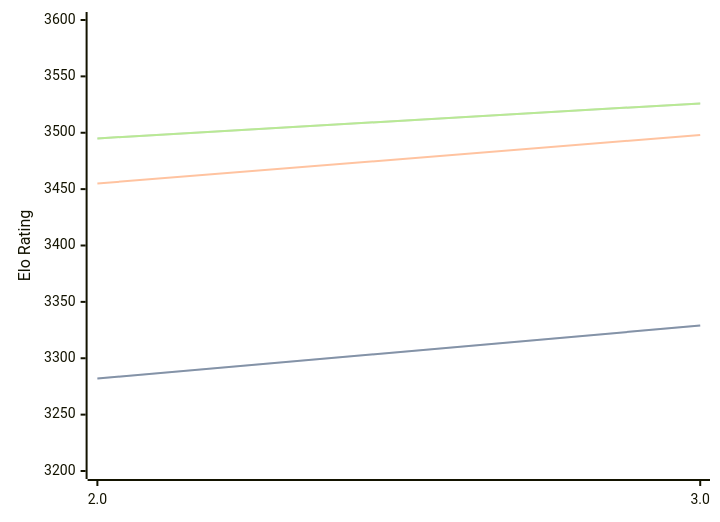
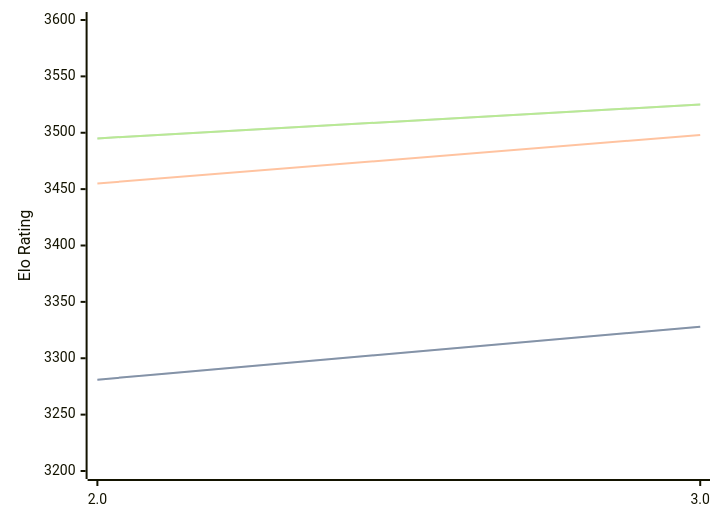
Before and after one commit to computer-chess-index/cci: the first of 3 diagrams in engines/Quanticade.md, drawn with Mermaid. The commit also changed other lines of this file, not shown here.

Commit message:
Update CCI Ratings (ELO VLTC) - 2026-06-19

````diff
--- a/engines/Quanticade.md
+++ b/engines/Quanticade.md
@@ -41,11 +41,11 @@
 ```mermaid
 %%{init: {"theme":"base","themeVariables":{"seriesColors:['#a3a3a3','#222221','#faa371']}}}%%
 xychart-beta
   x-axis ["2.0", "3.0"]
   y-axis "Elo Rating" 3200 --> 3600
-  line "STC (8.0+0.08s)" [3282, 3329]
-  line "STC (8.0+0.08s)" [3282, 3329]
+  line "STC (8.0+0.08s)" [3281, 3328]
+  line "STC (8.0+0.08s)" [3281, 3328]
   line "LTC (60.0+0.60s)" [3455, 3498]
-  line "VLTC (2m24s+1.12s)" [3495, 3526]
-  line "VLTC (2m24s+1.12s)" [3495, 3526]
+  line "VLTC (2m24s+1.12s)" [3495, 3525]
+  line "VLTC (2m24s+1.12s)" [3495, 3525]
 ```
````
